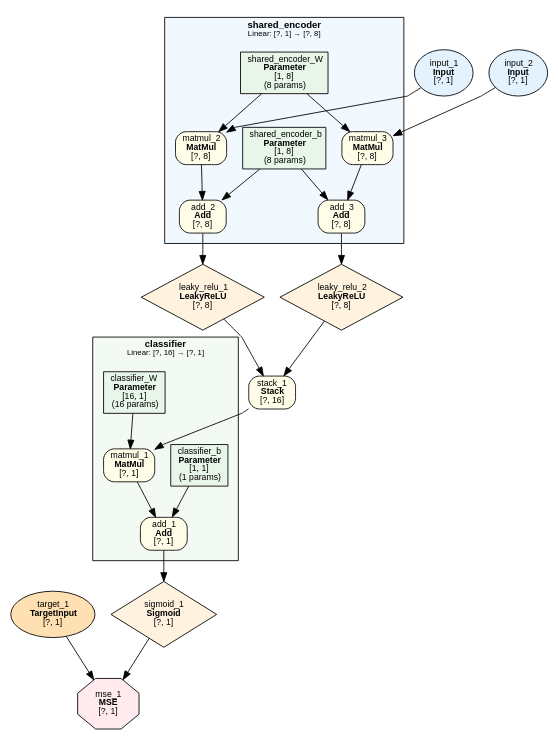
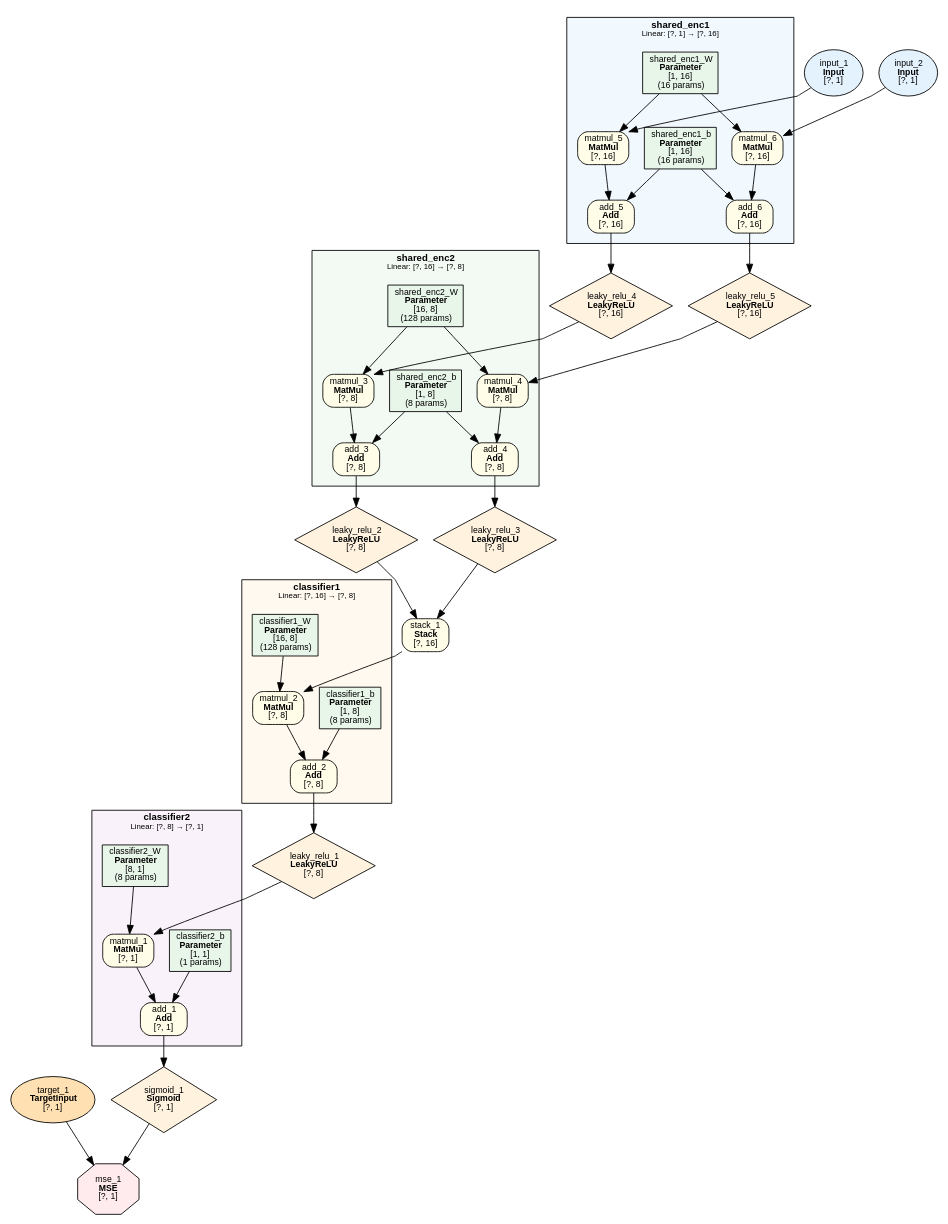
The diagram in examples/siamese_similarity/siamese_similarity.dot (dbsxdbsx/only_torch), drawn with Graphviz before and after one commit. The commit also changed 6 other files, not shown here.

```diff
--- a/examples/siamese_similarity/siamese_similarity.dot
+++ b/examples/siamese_similarity/siamese_similarity.dot
@@ -1,64 +1,110 @@
 digraph ComputeGraph {
     rankdir=TB;
     newrank=true;
     splines=polyline;
     node [fontname="Microsoft YaHei,SimHei,Arial"];
     edge [fontname="Microsoft YaHei,SimHei,Arial"];
 
-    subgraph cluster_shared_encoder {
-        label=<<B>shared_encoder</B><BR/><FONT POINT-SIZE="9">Linear: [?, 1] → [?, 8]</FONT>>;
+    subgraph cluster_shared_enc1 {
+        label=<<B>shared_enc1</B><BR/><FONT POINT-SIZE="9">Linear: [?, 1] → [?, 16]</FONT>>;
         style=filled;
         fillcolor="#E3F2FD80";
         fontname="Microsoft YaHei,SimHei,Arial";
         fontsize=11;
         margin=12;
-            "11" [label=<add_2<BR/><B>Add</B><BR/>[?, 8]> shape=box style="filled,rounded" fillcolor="#FFFDE7" fontsize=10];
-            "12" [label=<add_3<BR/><B>Add</B><BR/>[?, 8]> shape=box style="filled,rounded" fillcolor="#FFFDE7" fontsize=10];
-            "13" [label=<matmul_2<BR/><B>MatMul</B><BR/>[?, 8]> shape=box style="filled,rounded" fillcolor="#FFFDE7" fontsize=10];
-            "14" [label=<shared_encoder_b<BR/><B>Parameter</B><BR/>[1, 8]<BR/>(8 params)> shape=box style=filled fillcolor="#E8F5E9" fontsize=10];
-            "15" [label=<matmul_3<BR/><B>MatMul</B><BR/>[?, 8]> shape=box style="filled,rounded" fillcolor="#FFFDE7" fontsize=10];
-            "17" [label=<shared_encoder_W<BR/><B>Parameter</B><BR/>[1, 8]<BR/>(8 params)> shape=box style=filled fillcolor="#E8F5E9" fontsize=10];
+            "24" [label=<add_5<BR/><B>Add</B><BR/>[?, 16]> shape=box style="filled,rounded" fillcolor="#FFFDE7" fontsize=10];
+            "25" [label=<add_6<BR/><B>Add</B><BR/>[?, 16]> shape=box style="filled,rounded" fillcolor="#FFFDE7" fontsize=10];
+            "26" [label=<matmul_5<BR/><B>MatMul</B><BR/>[?, 16]> shape=box style="filled,rounded" fillcolor="#FFFDE7" fontsize=10];
+            "27" [label=<shared_enc1_b<BR/><B>Parameter</B><BR/>[1, 16]<BR/>(16 params)> shape=box style=filled fillcolor="#E8F5E9" fontsize=10];
+            "28" [label=<matmul_6<BR/><B>MatMul</B><BR/>[?, 16]> shape=box style="filled,rounded" fillcolor="#FFFDE7" fontsize=10];
+            "30" [label=<shared_enc1_W<BR/><B>Parameter</B><BR/>[1, 16]<BR/>(16 params)> shape=box style=filled fillcolor="#E8F5E9" fontsize=10];
     }
 
-    subgraph cluster_classifier {
-        label=<<B>classifier</B><BR/><FONT POINT-SIZE="9">Linear: [?, 16] → [?, 1]</FONT>>;
+    subgraph cluster_shared_enc2 {
+        label=<<B>shared_enc2</B><BR/><FONT POINT-SIZE="9">Linear: [?, 16] → [?, 8]</FONT>>;
         style=filled;
         fillcolor="#E8F5E980";
         fontname="Microsoft YaHei,SimHei,Arial";
         fontsize=11;
         margin=12;
+            "16" [label=<add_3<BR/><B>Add</B><BR/>[?, 8]> shape=box style="filled,rounded" fillcolor="#FFFDE7" fontsize=10];
+            "17" [label=<add_4<BR/><B>Add</B><BR/>[?, 8]> shape=box style="filled,rounded" fillcolor="#FFFDE7" fontsize=10];
+            "18" [label=<matmul_3<BR/><B>MatMul</B><BR/>[?, 8]> shape=box style="filled,rounded" fillcolor="#FFFDE7" fontsize=10];
+            "19" [label=<shared_enc2_b<BR/><B>Parameter</B><BR/>[1, 8]<BR/>(8 params)> shape=box style=filled fillcolor="#E8F5E9" fontsize=10];
+            "20" [label=<matmul_4<BR/><B>MatMul</B><BR/>[?, 8]> shape=box style="filled,rounded" fillcolor="#FFFDE7" fontsize=10];
+            "22" [label=<shared_enc2_W<BR/><B>Parameter</B><BR/>[16, 8]<BR/>(128 params)> shape=box style=filled fillcolor="#E8F5E9" fontsize=10];
+    }
+
+    subgraph cluster_classifier1 {
+        label=<<B>classifier1</B><BR/><FONT POINT-SIZE="9">Linear: [?, 16] → [?, 8]</FONT>>;
+        style=filled;
+        fillcolor="#FFF3E080";
+        fontname="Microsoft YaHei,SimHei,Arial";
+        fontsize=11;
+        margin=12;
+            "9" [label=<add_2<BR/><B>Add</B><BR/>[?, 8]> shape=box style="filled,rounded" fillcolor="#FFFDE7" fontsize=10];
+            "10" [label=<matmul_2<BR/><B>MatMul</B><BR/>[?, 8]> shape=box style="filled,rounded" fillcolor="#FFFDE7" fontsize=10];
+            "11" [label=<classifier1_b<BR/><B>Parameter</B><BR/>[1, 8]<BR/>(8 params)> shape=box style=filled fillcolor="#E8F5E9" fontsize=10];
+            "13" [label=<classifier1_W<BR/><B>Parameter</B><BR/>[16, 8]<BR/>(128 params)> shape=box style=filled fillcolor="#E8F5E9" fontsize=10];
+    }
+
+    subgraph cluster_classifier2 {
+        label=<<B>classifier2</B><BR/><FONT POINT-SIZE="9">Linear: [?, 8] → [?, 1]</FONT>>;
+        style=filled;
+        fillcolor="#F3E5F580";
+        fontname="Microsoft YaHei,SimHei,Arial";
+        fontsize=11;
+        margin=12;
             "4" [label=<add_1<BR/><B>Add</B><BR/>[?, 1]> shape=box style="filled,rounded" fillcolor="#FFFDE7" fontsize=10];
             "5" [label=<matmul_1<BR/><B>MatMul</B><BR/>[?, 1]> shape=box style="filled,rounded" fillcolor="#FFFDE7" fontsize=10];
-            "6" [label=<classifier_b<BR/><B>Parameter</B><BR/>[1, 1]<BR/>(1 params)> shape=box style=filled fillcolor="#E8F5E9" fontsize=10];
-            "8" [label=<classifier_W<BR/><B>Parameter</B><BR/>[16, 1]<BR/>(16 params)> shape=box style=filled fillcolor="#E8F5E9" fontsize=10];
+            "6" [label=<classifier2_b<BR/><B>Parameter</B><BR/>[1, 1]<BR/>(1 params)> shape=box style=filled fillcolor="#E8F5E9" fontsize=10];
+            "8" [label=<classifier2_W<BR/><B>Parameter</B><BR/>[8, 1]<BR/>(8 params)> shape=box style=filled fillcolor="#E8F5E9" fontsize=10];
     }
 
     "1" [label=<mse_1<BR/><B>MSE</B><BR/>[?, 1]> shape=octagon style=filled fillcolor="#FFEBEE" fontsize=10];
     "2" [label=<sigmoid_1<BR/><B>Sigmoid</B><BR/>[?, 1]> shape=diamond style=filled fillcolor="#FFF3E0" fontsize=10];
     "3" [label=<target_1<BR/><B>TargetInput</B><BR/>[?, 1]> shape=ellipse style=filled fillcolor="#FFE0B2" fontsize=10];
-    "7" [label=<stack_1<BR/><B>Stack</B><BR/>[?, 16]> shape=box style="filled,rounded" fillcolor="#FFFDE7" fontsize=10];
-    "9" [label=<leaky_relu_1<BR/><B>LeakyReLU</B><BR/>[?, 8]> shape=diamond style=filled fillcolor="#FFF3E0" fontsize=10];
-    "10" [label=<leaky_relu_2<BR/><B>LeakyReLU</B><BR/>[?, 8]> shape=diamond style=filled fillcolor="#FFF3E0" fontsize=10];
-    "16" [label=<input_1<BR/><B>Input</B><BR/>[?, 1]> shape=ellipse style=filled fillcolor="#E3F2FD" fontsize=10];
-    "18" [label=<input_2<BR/><B>Input</B><BR/>[?, 1]> shape=ellipse style=filled fillcolor="#E3F2FD" fontsize=10];
+    "7" [label=<leaky_relu_1<BR/><B>LeakyReLU</B><BR/>[?, 8]> shape=diamond style=filled fillcolor="#FFF3E0" fontsize=10];
+    "12" [label=<stack_1<BR/><B>Stack</B><BR/>[?, 16]> shape=box style="filled,rounded" fillcolor="#FFFDE7" fontsize=10];
+    "14" [label=<leaky_relu_2<BR/><B>LeakyReLU</B><BR/>[?, 8]> shape=diamond style=filled fillcolor="#FFF3E0" fontsize=10];
+    "15" [label=<leaky_relu_3<BR/><B>LeakyReLU</B><BR/>[?, 8]> shape=diamond style=filled fillcolor="#FFF3E0" fontsize=10];
+    "21" [label=<leaky_relu_4<BR/><B>LeakyReLU</B><BR/>[?, 16]> shape=diamond style=filled fillcolor="#FFF3E0" fontsize=10];
+    "23" [label=<leaky_relu_5<BR/><B>LeakyReLU</B><BR/>[?, 16]> shape=diamond style=filled fillcolor="#FFF3E0" fontsize=10];
+    "29" [label=<input_1<BR/><B>Input</B><BR/>[?, 1]> shape=ellipse style=filled fillcolor="#E3F2FD" fontsize=10];
+    "31" [label=<input_2<BR/><B>Input</B><BR/>[?, 1]> shape=ellipse style=filled fillcolor="#E3F2FD" fontsize=10];
 
     "2" -> "1";
     "3" -> "1";
     "4" -> "2";
     "5" -> "4";
     "6" -> "4";
     "7" -> "5";
     "8" -> "5";
     "9" -> "7";
-    "10" -> "7";
+    "10" -> "9";
     "11" -> "9";
     "12" -> "10";
-    "13" -> "11";
-    "14" -> "11";
+    "13" -> "10";
+    "14" -> "12";
     "15" -> "12";
-    "14" -> "12";
-    "16" -> "13";
-    "17" -> "13";
-    "18" -> "15";
+    "16" -> "14";
     "17" -> "15";
+    "18" -> "16";
+    "19" -> "16";
+    "20" -> "17";
+    "19" -> "17";
+    "21" -> "18";
+    "22" -> "18";
+    "23" -> "20";
+    "22" -> "20";
+    "24" -> "21";
+    "25" -> "23";
+    "26" -> "24";
+    "27" -> "24";
+    "28" -> "25";
+    "27" -> "25";
+    "29" -> "26";
+    "30" -> "26";
+    "31" -> "28";
+    "30" -> "28";
 }
```
